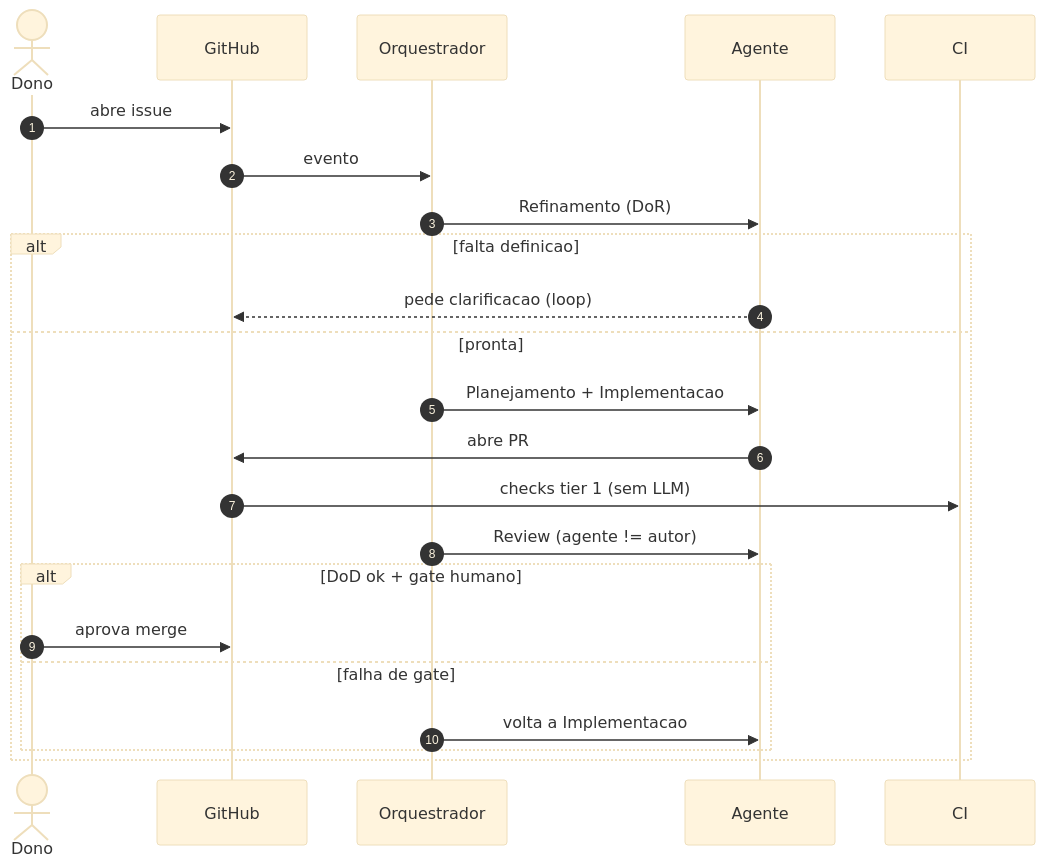
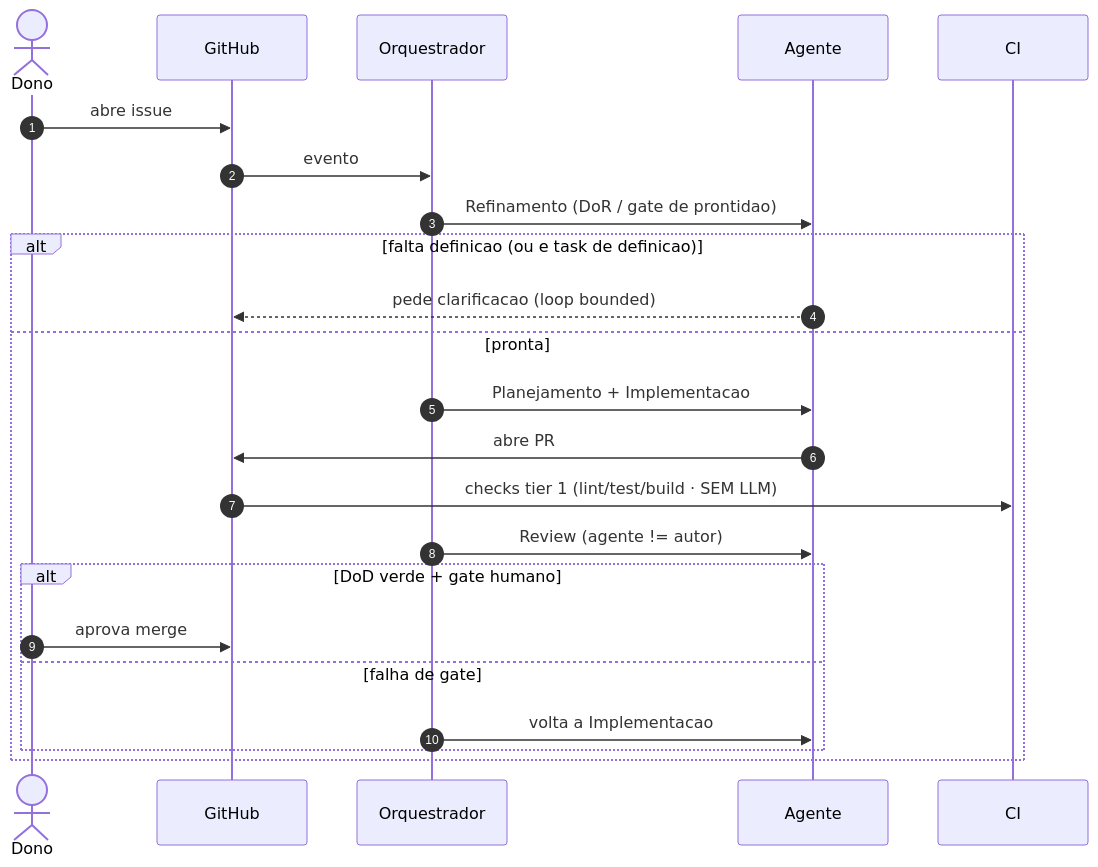
Before and after one commit to CenturyBoys/roboto: the seventh of 9 diagrams in research/ARCHITECTURE-C4.md, drawn with Mermaid. The commit also changed other lines of this file, not shown here.

First line of the commit message:
docs(research): ARCHITECTURE-C4 rev6 — flowchart estilo viva (layout + profundidade)

````diff
--- a/research/ARCHITECTURE-C4.md
+++ b/research/ARCHITECTURE-C4.md
@@ -237,26 +260,25 @@
 ```mermaid
-%%{init: {'theme':'base', 'themeVariables': {'background':'#FBF3DE'}}}%%
 sequenceDiagram
   autonumber
   actor Dono
   participant GH as GitHub
   participant Orq as Orquestrador
   participant Ag as Agente
   participant CI
   Dono->>GH: abre issue
   GH->>Orq: evento
-  Orq->>Ag: Refinamento (DoR)
-  alt falta definicao
-    Ag-->>GH: pede clarificacao (loop)
+  Orq->>Ag: Refinamento (DoR / gate de prontidao)
+  alt falta definicao (ou e task de definicao)
+    Ag-->>GH: pede clarificacao (loop bounded)
   else pronta
     Orq->>Ag: Planejamento + Implementacao
     Ag->>GH: abre PR
-    GH->>CI: checks tier 1 (sem LLM)
+    GH->>CI: checks tier 1 (lint/test/build · SEM LLM)
     Orq->>Ag: Review (agente != autor)
-    alt DoD ok + gate humano
+    alt DoD verde + gate humano
       Dono->>GH: aprova merge
     else falha de gate
       Orq->>Ag: volta a Implementacao
     end
   end
 ```
````
